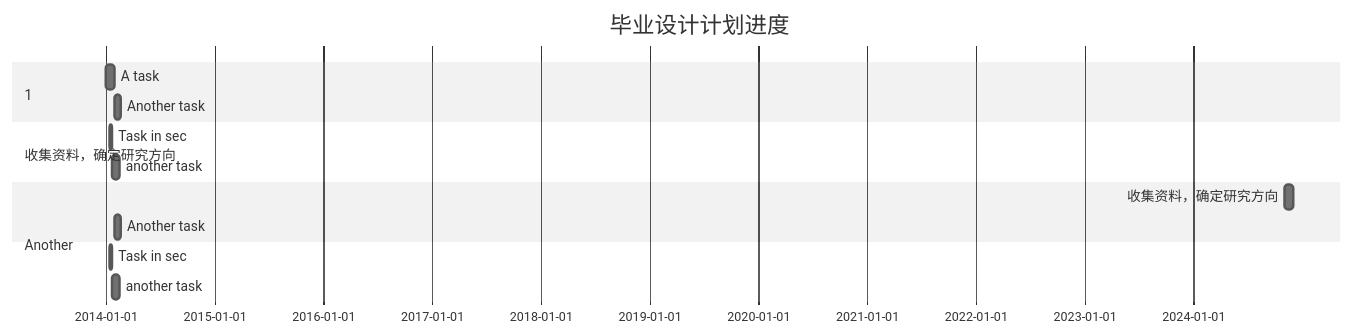
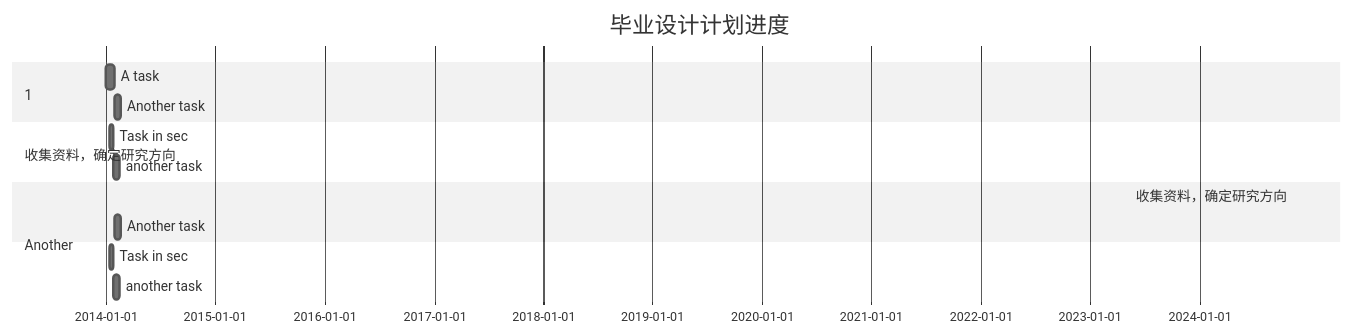
Before and after one commit to Kelseyyz/iodraw-files: the diagram in all/未命名.md, drawn with Mermaid (neutral theme).

Commit message:
2024-12-30 11:00:36 update

````diff
--- a/all/未命名.md
+++ b/all/未命名.md
@@ -1,20 +1,20 @@
 ```mermaid
 gantt
     title 毕业设计计划进度
     dateFormat  YYYY-MM-DD
     
     section 收集资料，确定研究方向
     A task           :a1, 2014-01-01, 30d
     Another task     :after a1  , 20d
     section Another
     Task in sec      :2014-01-12  , 12d
     another task      : 24d
 
 
     section 1
-    收集资料，确定研究方向           : 2024-11-01, 30d
+    收集资料，确定研究方向           : 2024-11-10,
     Another task     :after a1  , 20d
     section Another
     Task in sec      :2014-01-12  , 12d
     another task      : 24d
 ```
````
